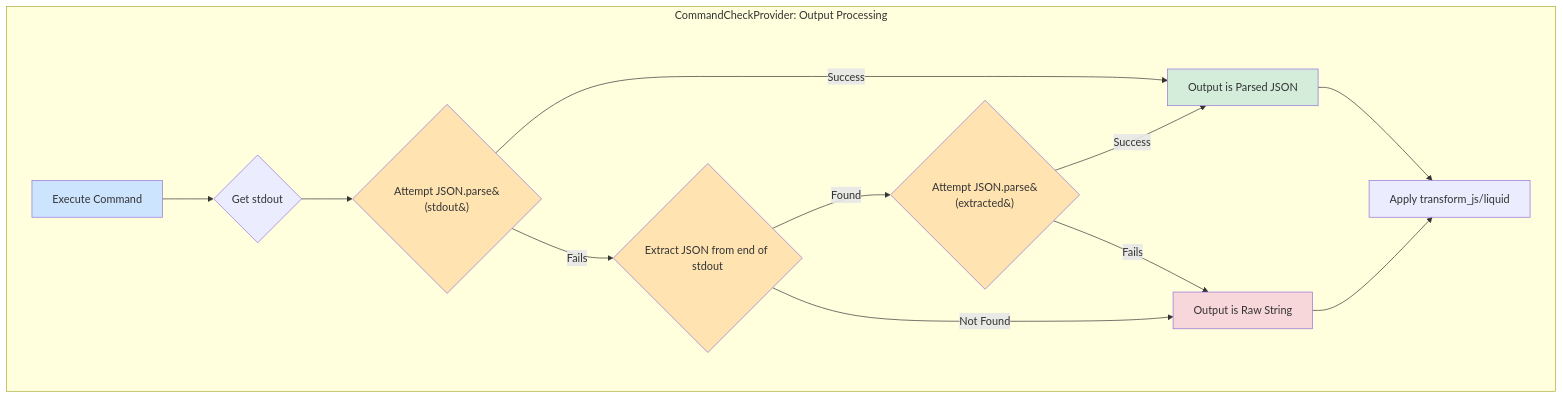
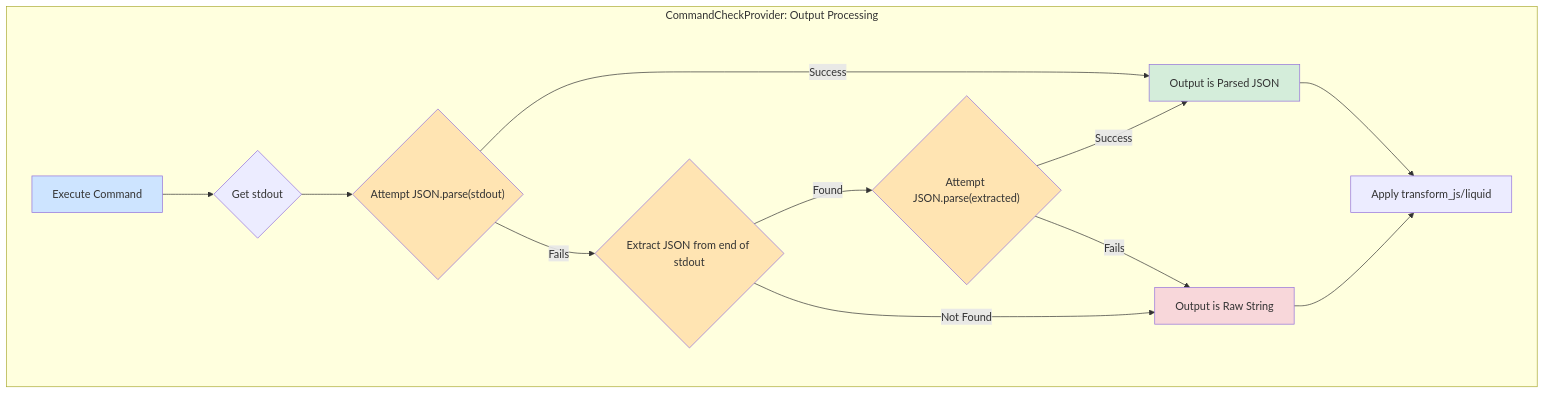
Diagram 54 of 57 in test-fixtures/flowchart/INVALID_DIAGRAMS.md (probelabs/mermaid-lint), drawn with Mermaid before and after one commit. The commit also changed other lines of this file and 3 other files, not shown here.

First line of the commit message:
feat(flowchart): enhance auto-fix for complex labels with special characters (#51)

````diff
--- a/test-fixtures/flowchart/INVALID_DIAGRAMS.md
+++ b/test-fixtures/flowchart/INVALID_DIAGRAMS.md
@@ -3778,26 +3897,26 @@
 ```mermaid
 flowchart TD
     %% This diagram produces FL-LABEL-PARENS-UNQUOTED errors.
     %% Mermaid does not support unquoted parentheses in labels.
     %% Use --fix to wrap labels with parentheses in quotes.
     subgraph "CommandCheckProvider: Output Processing"
         A[Execute Command] --> B{Get stdout};
-        B --> C{Attempt JSON.parse&#40;stdout&#41;};
+        B --> C{"Attempt JSON.parse(stdout)"};
         C -- Success --> E[Output is Parsed JSON];
         C -- Fails --> D{Extract JSON from end of stdout};
-        D -- Found --> F{Attempt JSON.parse&#40;extracted&#41;};
+        D -- Found --> F{"Attempt JSON.parse(extracted)"};
         D -- Not Found --> G[Output is Raw String];
         F -- Success --> E;
         F -- Fails --> G;
         E --> H[Apply transform_js/liquid];
         G --> H;
     end
 
     style A fill:#cde4ff
     style C fill:#ffe4b2
     style D fill:#ffe4b2
     style F fill:#ffe4b2
     style E fill:#d4edda
     style G fill:#f8d7da
 
 ```
````
